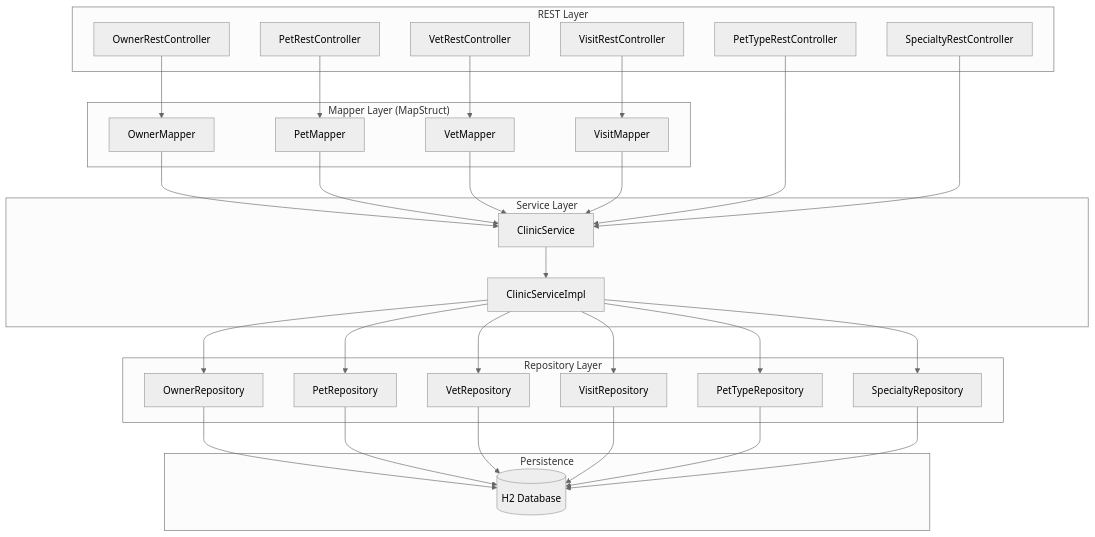
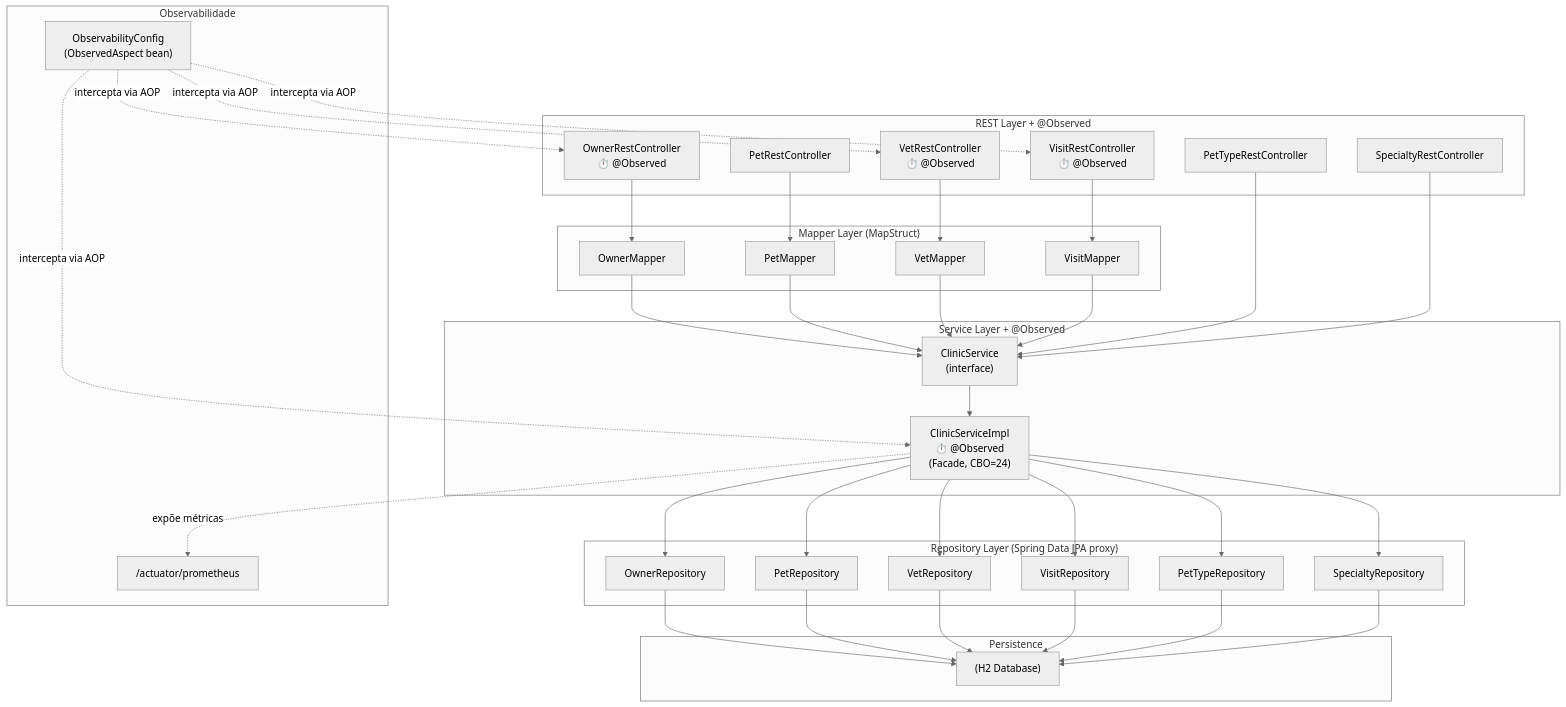
One commit to diogomasc/spring-petclinic-rest changed the third of 6 diagrams in docs/referencia-tecnica-petclinic.md. Above: the diagram before and after it, drawn with Mermaid (neutral theme). The commit also changed other lines of this file and 2 other files, not shown here.

````diff
--- a/docs/referencia-tecnica-petclinic.md
+++ b/docs/referencia-tecnica-petclinic.md
@@ -234,47 +246,55 @@
 ```mermaid
 flowchart TD
-    subgraph "REST Layer"
-        OC[OwnerRestController]
+    subgraph "REST Layer + @Observed"
+        OC["OwnerRestController\n⏱️ @Observed"]
+        VC["VetRestController\n⏱️ @Observed"]
+        VIC["VisitRestController\n⏱️ @Observed"]
         PC[PetRestController]
-        VC[VetRestController]
-        VIC[VisitRestController]
         PTC[PetTypeRestController]
         SC[SpecialtyRestController]
     end
 
     subgraph "Mapper Layer (MapStruct)"
         OM[OwnerMapper]
         PM[PetMapper]
         VM[VetMapper]
         VIM[VisitMapper]
     end
 
-    subgraph "Service Layer"
-        CS[ClinicService]
-        CSI[ClinicServiceImpl]
+    subgraph "Service Layer + @Observed"
+        CS["ClinicService\n(interface)"]
+        CSI["ClinicServiceImpl\n⏱️ @Observed\n(Facade, CBO=24)"]
     end
 
-    subgraph "Repository Layer"
+    subgraph "Repository Layer (Spring Data JPA proxy)"
         OR[OwnerRepository]
         PR[PetRepository]
         VR[VetRepository]
         VIR[VisitRepository]
         PTR[PetTypeRepository]
         SR[SpecialtyRepository]
     end
 
     subgraph "Persistence"
-        DB[(H2 Database)]
+        DB["(H2 Database)"]
+    end
+
+    subgraph "Observabilidade"
+        OBS["ObservabilityConfig\n(ObservedAspect bean)"]
+        ACT["/actuator/prometheus"]
     end
 
     OC --> OM --> CS
     PC --> PM --> CS
     VC --> VM --> CS
     VIC --> VIM --> CS
     PTC --> CS
     SC --> CS
 
     CS --> CSI
     CSI --> OR & PR & VR & VIR & PTR & SR
     OR & PR & VR & VIR & PTR & SR --> DB
+
+    OBS -.->|"intercepta via AOP"| OC & VC & VIC & CSI
+    CSI -.->|"expõe métricas"| ACT
 ```
````
